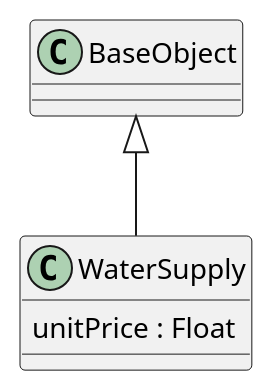
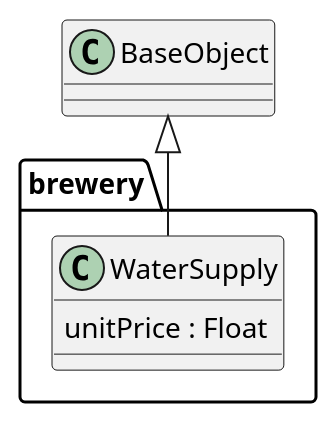
One commit to beerfactory/brewbox-uml changed the diagram in src/class/include/waterSupply.iuml. Above: the diagram before and after it, drawn with PlantUML. The commit also changed 32 other files, not shown here.

```diff
--- a/src/class/include/waterSupply.iuml
+++ b/src/class/include/waterSupply.iuml
@@ -1,6 +1,8 @@
-class WaterSupply {
-	unitPrice : Float
+package brewery {
+	class WaterSupply {
+		unitPrice : Float
 
+	}
 }
 
 BaseObject <|-- WaterSupply
```
